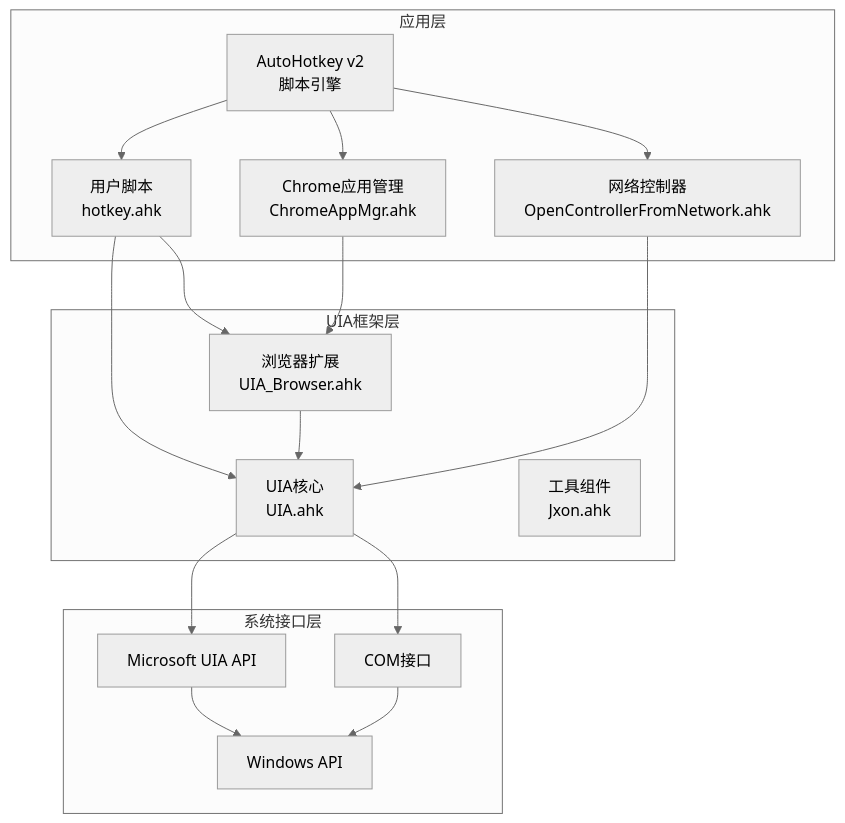
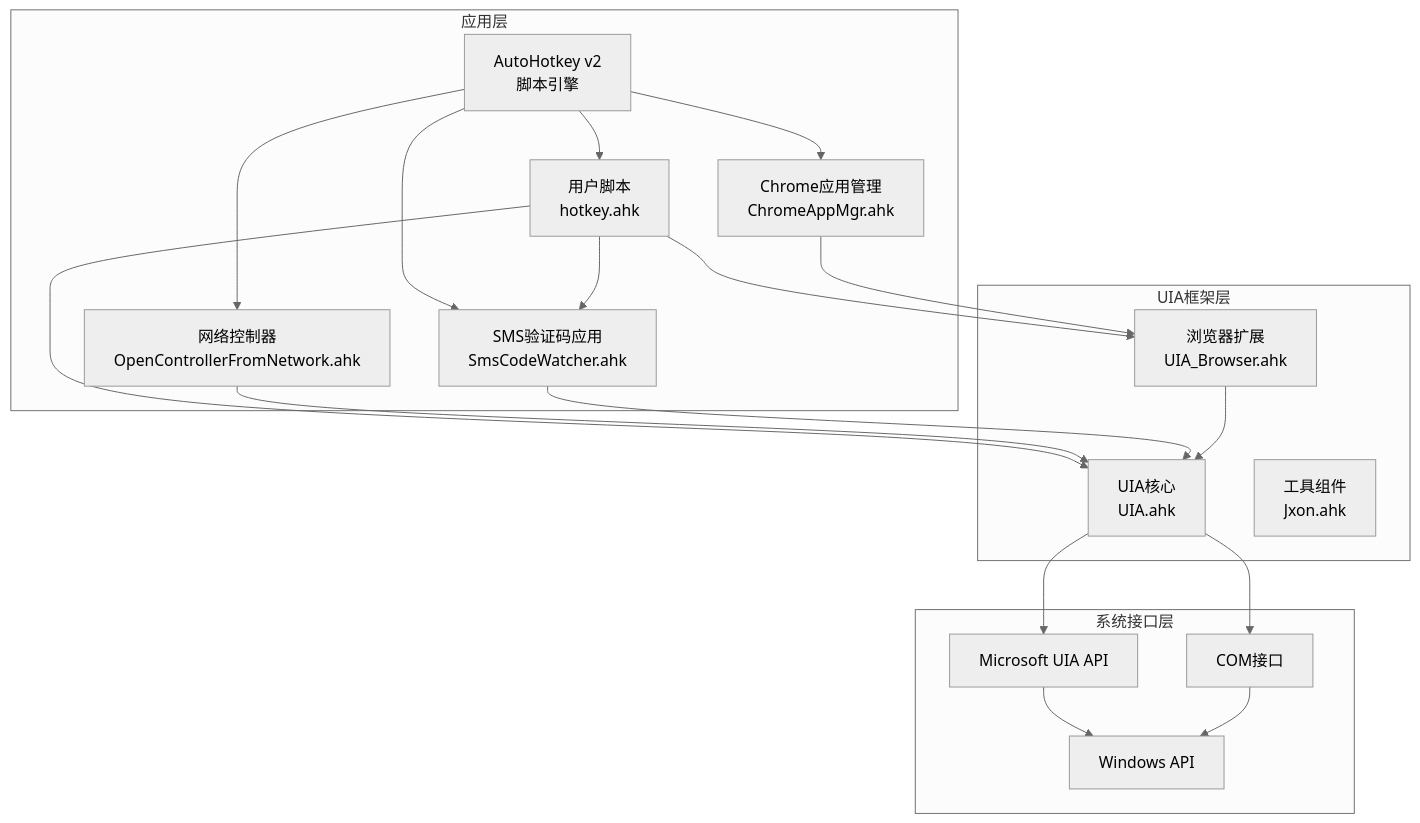
Before and after one commit to wangys-123doit/hotkey: the sixth of 17 diagrams in .qoder/repowiki/zh/content/核心功能/UI自动化框架.md, drawn with Mermaid (neutral theme). The commit also changed other lines of this file and 4 other files, not shown here.

````diff
--- a/.qoder/repowiki/zh/content/核心功能/UI自动化框架.md
+++ b/.qoder/repowiki/zh/content/核心功能/UI自动化框架.md
@@ -243,31 +298,35 @@
 ```mermaid
 graph TD
 subgraph "应用层"
 AHK[AutoHotkey v2<br/>脚本引擎]
 Scripts[用户脚本<br/>hotkey.ahk]
 ChromeMgr[Chrome应用管理<br/>ChromeAppMgr.ahk]
 NetworkCtrl[网络控制器<br/>OpenControllerFromNetwork.ahk]
+SMSApp[SMS验证码应用<br/>SmsCodeWatcher.ahk]
 end
 subgraph "UIA框架层"
 Core[UIA核心<br/>UIA.ahk]
 Browser[浏览器扩展<br/>UIA_Browser.ahk]
 Utils[工具组件<br/>Jxon.ahk]
 end
 subgraph "系统接口层"
 UIA_API[Microsoft UIA API]
 COM[COM接口]
 Windows[Windows API]
 end
 AHK --> Scripts
 AHK --> ChromeMgr
 AHK --> NetworkCtrl
+AHK --> SMSApp
 Scripts --> Core
 Scripts --> Browser
+Scripts --> SMSApp
 ChromeMgr --> Browser
 NetworkCtrl --> Core
+SMSApp --> Core
 Core --> UIA_API
 Browser --> Core
 Core --> COM
 UIA_API --> Windows
 COM --> Windows
 ```
````
